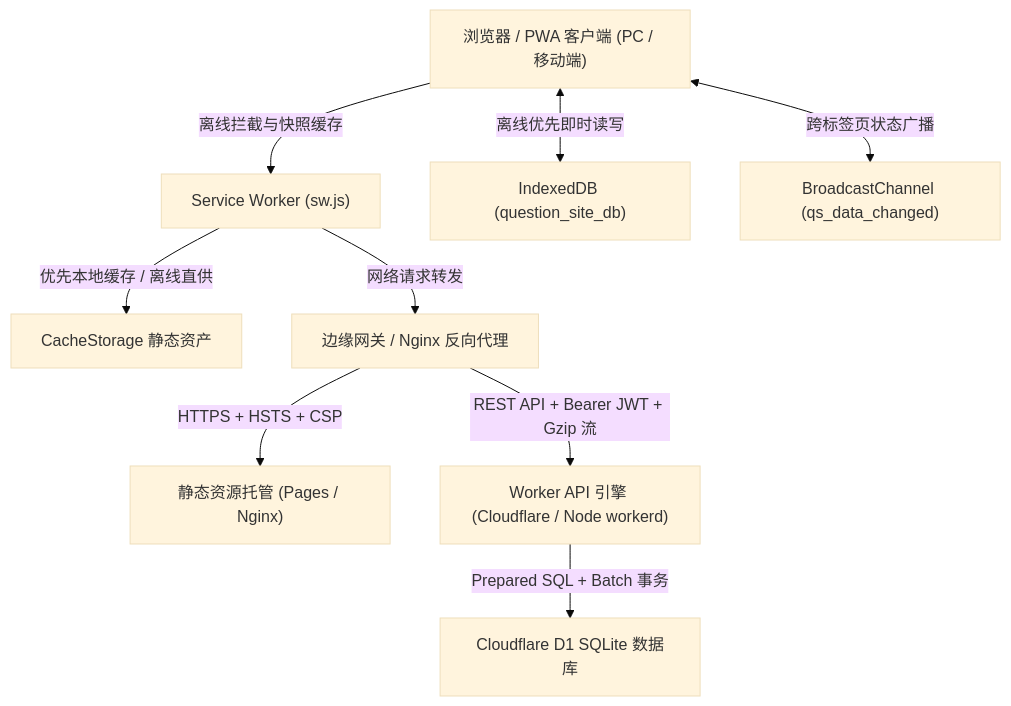
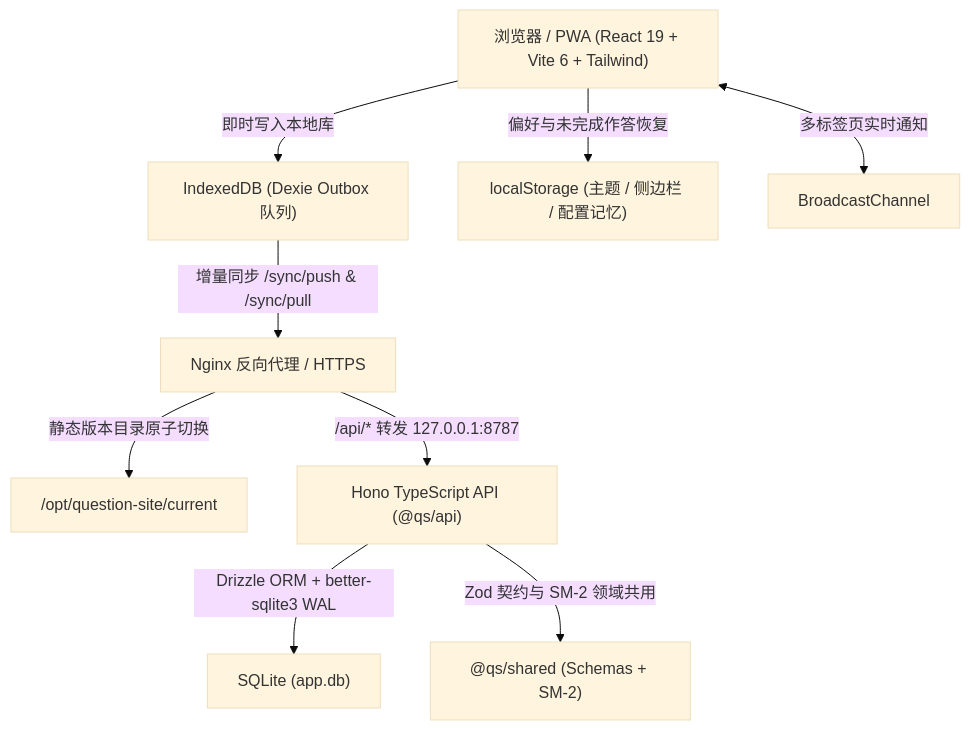
The diagram in README.md (combodevy/question-site), drawn with Mermaid (base theme) before and after one commit. The commit also changed other lines of this file and 16 other files, not shown here.

````diff
--- a/README.md
+++ b/README.md
@@ -51,11 +44,11 @@
 ```mermaid
 graph TD
-    Client["浏览器 / PWA 客户端 (PC / 移动端)"] -->|离线拦截与快照缓存| SW["Service Worker (sw.js)"]
-    SW -->|"优先本地缓存 / 离线直供"| Cache["CacheStorage 静态资产"]
-    SW -->|"网络请求转发"| Gateway["边缘网关 / Nginx 反向代理"]
-    Gateway -->|HTTPS + HSTS + CSP| Static["静态资源托管 (Pages / Nginx)"]
-    Gateway -->|"REST API + Bearer JWT + Gzip 流"| Worker["Worker API 引擎 (Cloudflare / Node workerd)"]
-    Worker -->|"Prepared SQL + Batch 事务"| D1["Cloudflare D1 SQLite 数据库"]
-    Client <-->|"离线优先即时读写"| IDB["IndexedDB (question_site_db)"]
-    Client <-->|"跨标签页状态广播"| BC["BroadcastChannel (qs_data_changed)"]
+    Client["浏览器 / PWA (React 19 + Vite 6 + Tailwind)"] -->|即时写入本地库| Dexie["IndexedDB (Dexie Outbox 队列)"]
+    Client -->|偏好与未完成作答恢复| LS["localStorage (主题 / 侧边栏 / 配置记忆)"]
+    Dexie -->|"增量同步 /sync/push & /sync/pull"| Proxy["Nginx 反向代理 / HTTPS"]
+    Client <-->|"多标签页实时通知"| BC["BroadcastChannel"]
+    Proxy -->|"静态版本目录原子切换"| Static["/opt/question-site/current"]
+    Proxy -->|"/api/* 转发 127.0.0.1:8787"| Hono["Hono TypeScript API (@qs/api)"]
+    Hono -->|"Drizzle ORM + better-sqlite3 WAL"| DB["SQLite (app.db)"]
+    Hono -->|"Zod 契约与 SM-2 领域共用"| Shared["@qs/shared (Schemas + SM-2)"]
 ```
````
